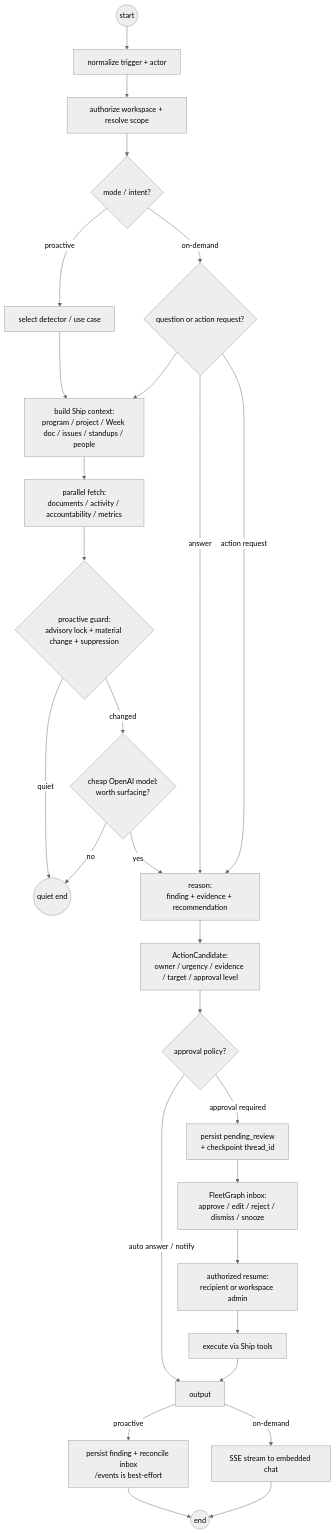
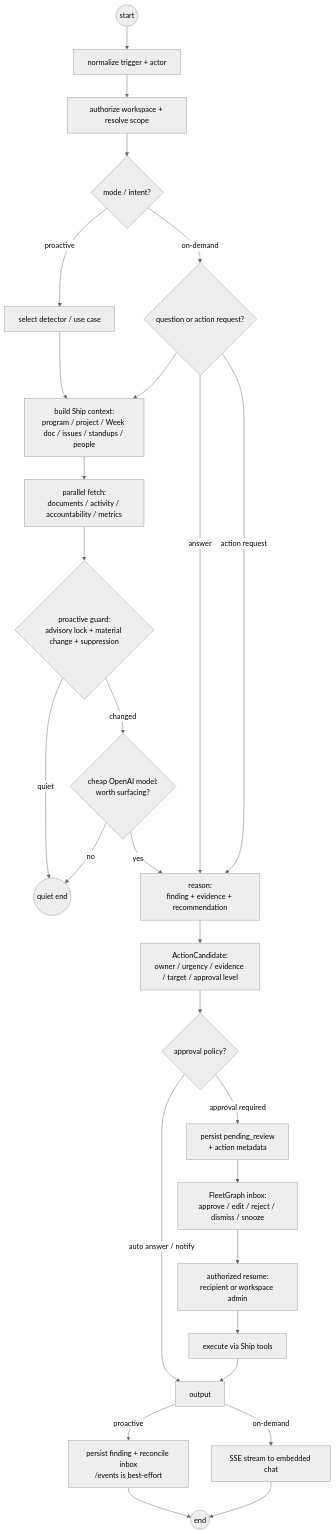
The diagram in FLEETGRAPH.md (ccandelori/shipshape), drawn with Mermaid (neutral theme) before and after one commit. The commit also changed other lines of this file and 6 other files, not shown here.

````diff
--- a/FLEETGRAPH.md
+++ b/FLEETGRAPH.md
@@ -163,34 +164,34 @@
 ```mermaid
 flowchart TD
     START((start)) --> trigger["normalize trigger + actor"]
     trigger --> scope["authorize workspace + resolve scope"]
     scope --> intent{mode / intent?}
     intent -->|proactive| detector["select detector / use case"]
     intent -->|on-demand| userIntent{question or action request?}
 
     detector --> context
     userIntent --> context
     context["build Ship context:<br/>program / project / Week doc / issues / standups / people"] --> fetch["parallel fetch:<br/>documents / activity / accountability / metrics"]
     fetch --> guard{"proactive guard:<br/>advisory lock + material change + suppression"}
 
     guard -->|quiet| ENDQ((quiet end))
     guard -->|changed| preFilter{"cheap OpenAI model:<br/>worth surfacing?"}
     userIntent -->|answer| reason
     userIntent -->|action request| reason
     preFilter -->|no| ENDQ
     preFilter -->|yes| reason["reason:<br/>finding + evidence + recommendation"]
 
     reason --> candidate["ActionCandidate:<br/>owner / urgency / evidence / target / approval level"]
     candidate --> policy{approval policy?}
     policy -->|auto answer / notify| output
-    policy -->|approval required| pending["persist pending_review<br/>+ checkpoint thread_id"]
+    policy -->|approval required| pending["persist pending_review<br/>+ action metadata"]
     pending --> approval["FleetGraph inbox:<br/>approve / edit / reject / dismiss / snooze"]
     approval --> resume["authorized resume:<br/>recipient or workspace admin"]
     resume --> execute["execute via Ship tools"]
     execute --> output
 
     output -->|proactive| persist["persist finding + reconcile inbox<br/>/events is best-effort"]
     output -->|on-demand| stream["SSE stream to embedded chat"]
     persist --> END((end))
     stream --> END
 ```
````
